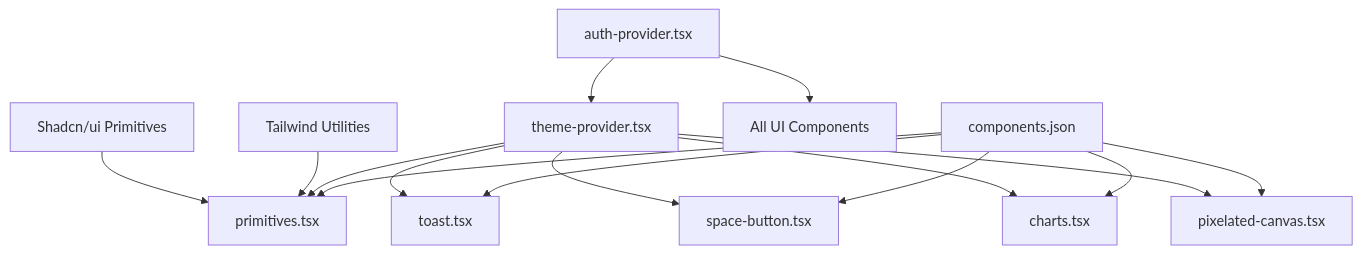
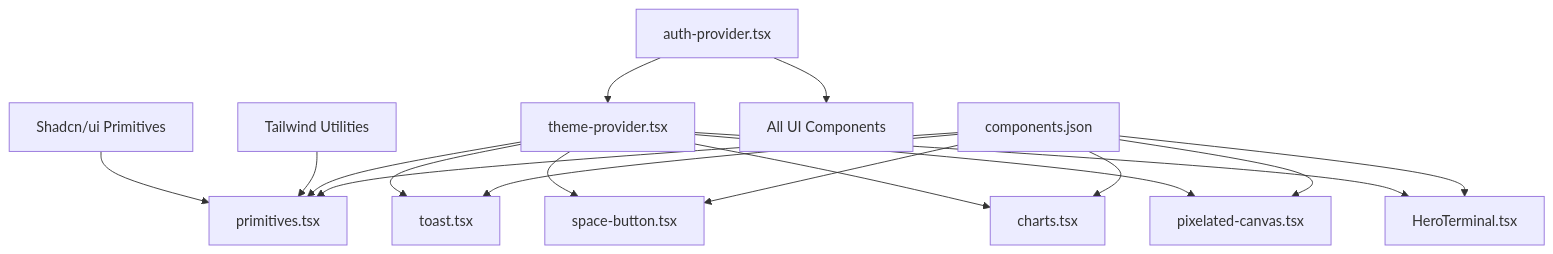
One commit to HassanAmeer/cheaprouter changed diagram 11 of 11 in .qoder/repowiki/en/content/Frontend Architecture/Component Library/Component Library.md. Above: the diagram before and after it, drawn with Mermaid. The commit also changed other lines of this file and 10 other files, not shown here.

````diff
--- a/.qoder/repowiki/en/content/Frontend Architecture/Component Library/Component Library.md
+++ b/.qoder/repowiki/en/content/Frontend Architecture/Component Library/Component Library.md
@@ -430,17 +481,19 @@
 ```mermaid
 graph TB
 Shadcn["Shadcn/ui Primitives"] --> Primitives["primitives.tsx"]
 Tailwind["Tailwind Utilities"] --> Primitives
 Theme["theme-provider.tsx"] --> Primitives
 Theme --> Toast["toast.tsx"]
 Theme --> SpaceButton["space-button.tsx"]
 Theme --> Charts["charts.tsx"]
 Theme --> PixelatedCanvas["pixelated-canvas.tsx"]
+Theme --> HeroTerminal["HeroTerminal.tsx"]
 Auth["auth-provider.tsx"] --> Theme
 Auth --> UI["All UI Components"]
 Registry["components.json"] --> Primitives
 Registry --> Toast
 Registry --> SpaceButton
 Registry --> Charts
 Registry --> PixelatedCanvas
+Registry --> HeroTerminal
 ```
````
